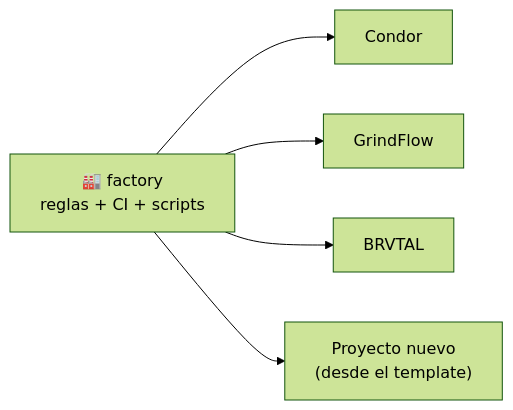
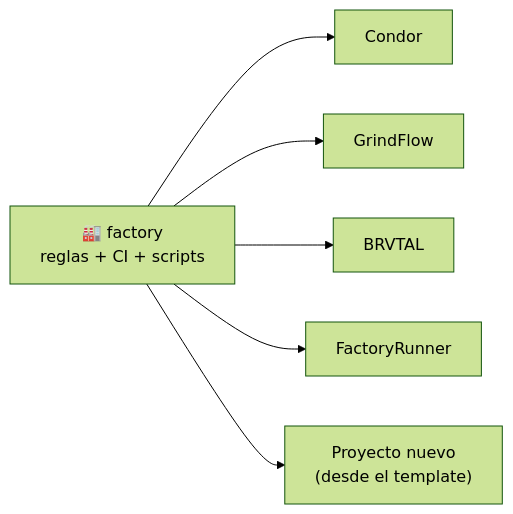
The first of 2 diagrams in README.md (pl0n3r/Factory), drawn with Mermaid (forest theme) before and after one commit. The commit also changed other lines of this file and 12 other files, not shown here.

First line of the commit message:
feat(factory): incluir FactoryRunner en cola y CI Node first-class (#170)

````diff
--- a/README.md
+++ b/README.md
@@ -26,7 +26,8 @@
 ```mermaid
 flowchart LR
     F["🏭 factory<br/>reglas + CI + scripts"] --> C["Condor"]
     F --> G["GrindFlow"]
     F --> B["BRVTAL"]
+    F --> R["FactoryRunner"]
     F --> N["Proyecto nuevo<br/>(desde el template)"]
 ```
````
